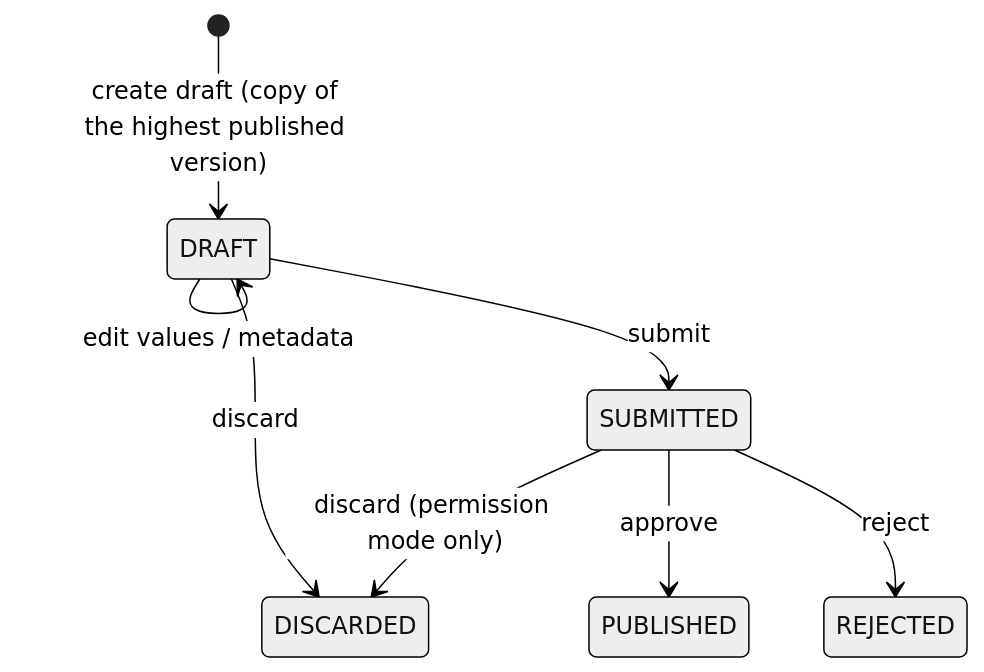
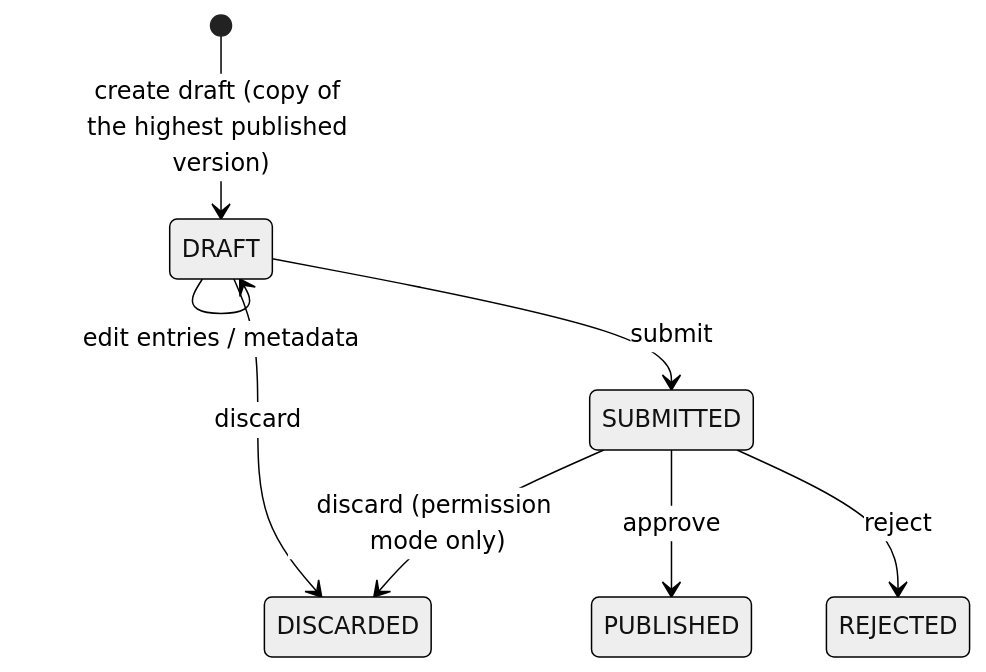
The diagram in platform/platform-services/master-data-service/catalogue/concepts.md (OpenG2P/openg2p-documentation), drawn with Mermaid (neutral theme) before and after one commit. The commit also changed other lines of this file and 31 other files, not shown here.

````diff
--- a/platform/platform-services/master-data-service/catalogue/concepts.md
+++ b/platform/platform-services/master-data-service/catalogue/concepts.md
@@ -61,10 +63,10 @@
 ```mermaid
 stateDiagram-v2
     [*] --> DRAFT: create draft (copy of the highest published version)
-    DRAFT --> DRAFT: edit values / metadata
+    DRAFT --> DRAFT: edit entries / metadata
     DRAFT --> DISCARDED: discard
     DRAFT --> SUBMITTED: submit
     SUBMITTED --> DISCARDED: discard (permission mode only)
     SUBMITTED --> PUBLISHED: approve
     SUBMITTED --> REJECTED: reject
 ```
````
